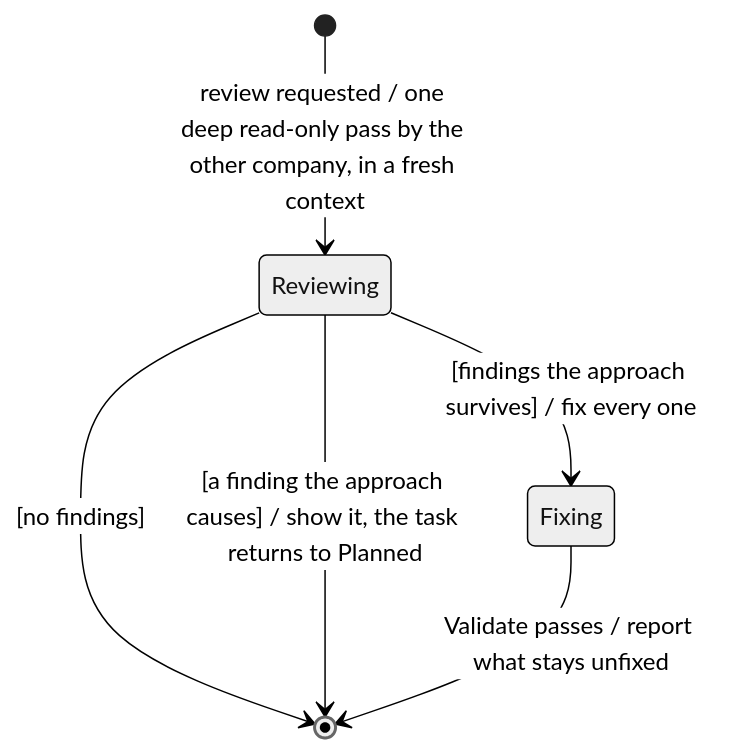
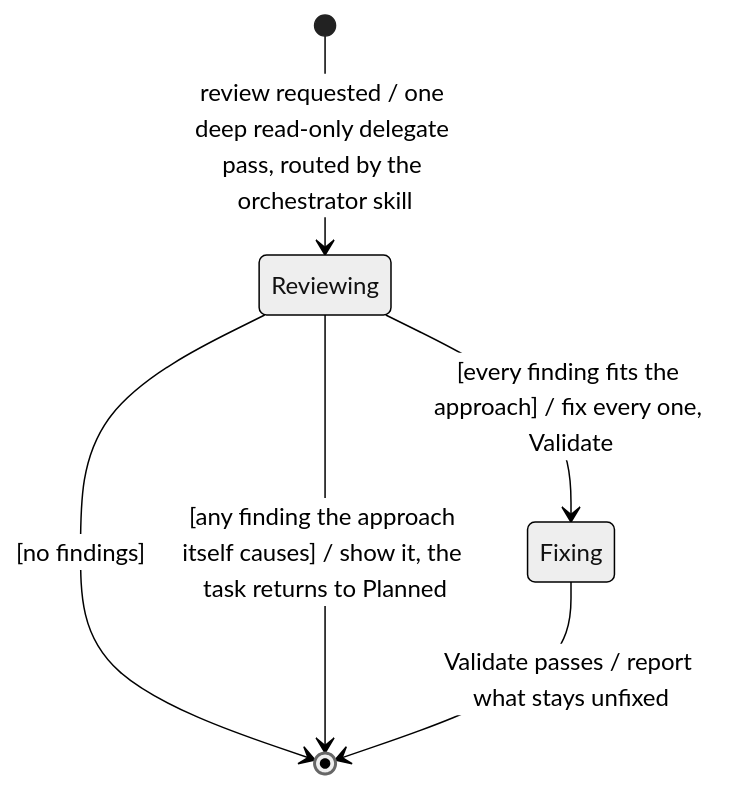
Before and after one commit to MP281X/deslop: the third of 3 diagrams in .claude/skills/verification/SKILL.md, drawn with Mermaid (neutral theme). The commit also changed other lines of this file and 8 other files, not shown here.

Commit message:
Apply the deep review: gated handoffs, read-only delegate exits, Validate and Describe machines, safe branch cleanup

````diff
--- a/.claude/skills/verification/SKILL.md
+++ b/.claude/skills/verification/SKILL.md
@@ -39,8 +48,8 @@
 ```mermaid
 stateDiagram-v2
-    [*] --> Reviewing : review requested / one deep read-only pass by the other company, in a fresh context
+    [*] --> Reviewing : review requested / one deep read-only delegate pass, routed by the orchestrator skill
     Reviewing --> [*] : [no findings]
-    Reviewing --> Fixing : [findings the approach survives] / fix every one
-    Reviewing --> [*] : [a finding the approach causes] / show it, the task returns to Planned
+    Reviewing --> [*] : [any finding the approach itself causes] / show it, the task returns to Planned
+    Reviewing --> Fixing : [every finding fits the approach] / fix every one, Validate
     Fixing --> [*] : Validate passes / report what stays unfixed
 ```
````
